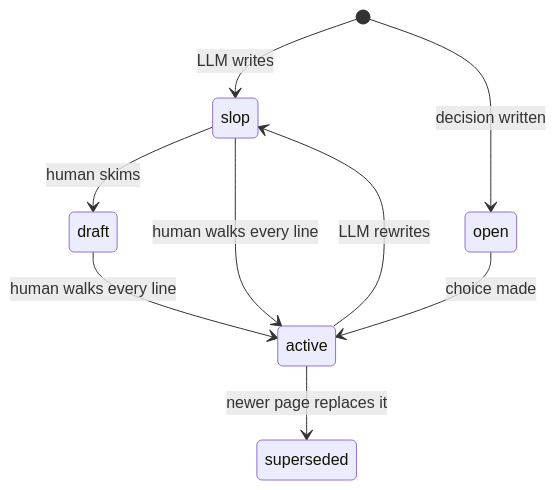
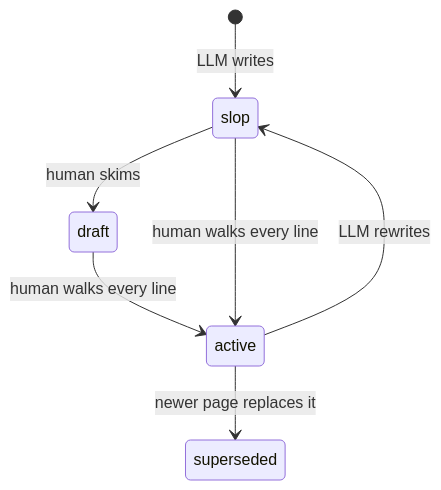
Before and after one commit to pward17/silica-wiki: the diagram in content/meta/status-model.md, drawn with Mermaid. The commit also changed other lines of this file and 9 other files, not shown here.

First line of the commit message:
Retire the open status; decision pages show an undecided chip

````diff
--- a/content/meta/status-model.md
+++ b/content/meta/status-model.md
@@ -72,11 +73,9 @@
 ```mermaid
 stateDiagram-v2
     [*] --> slop: LLM writes
     slop --> draft: human skims
     draft --> active: human walks every line
     slop --> active: human walks every line
     active --> superseded: newer page replaces it
     active --> slop: LLM rewrites
-    [*] --> open: decision written
-    open --> active: choice made
 ```
````
